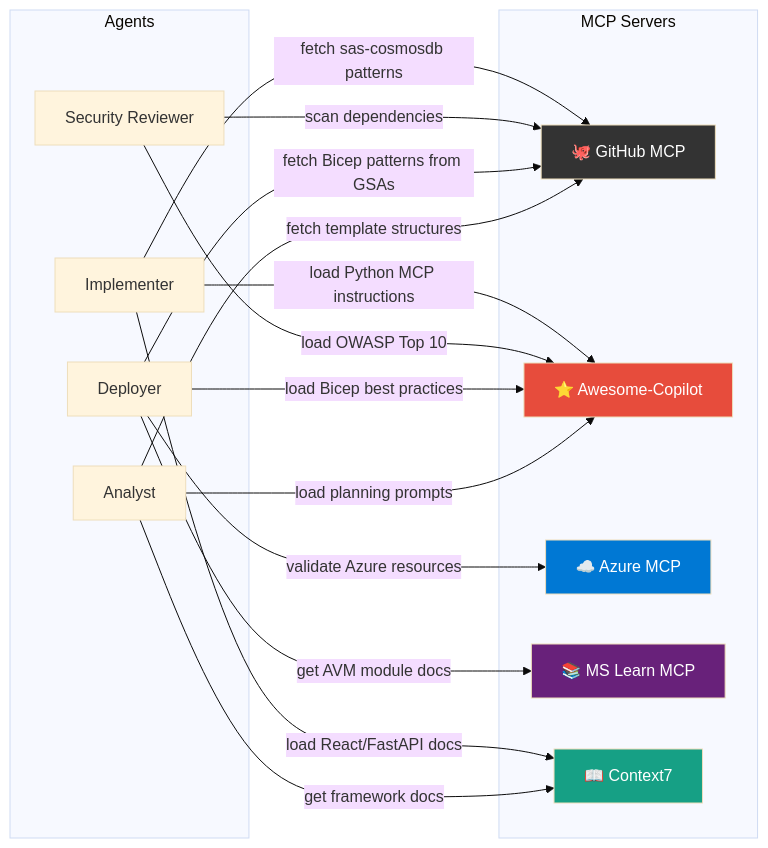
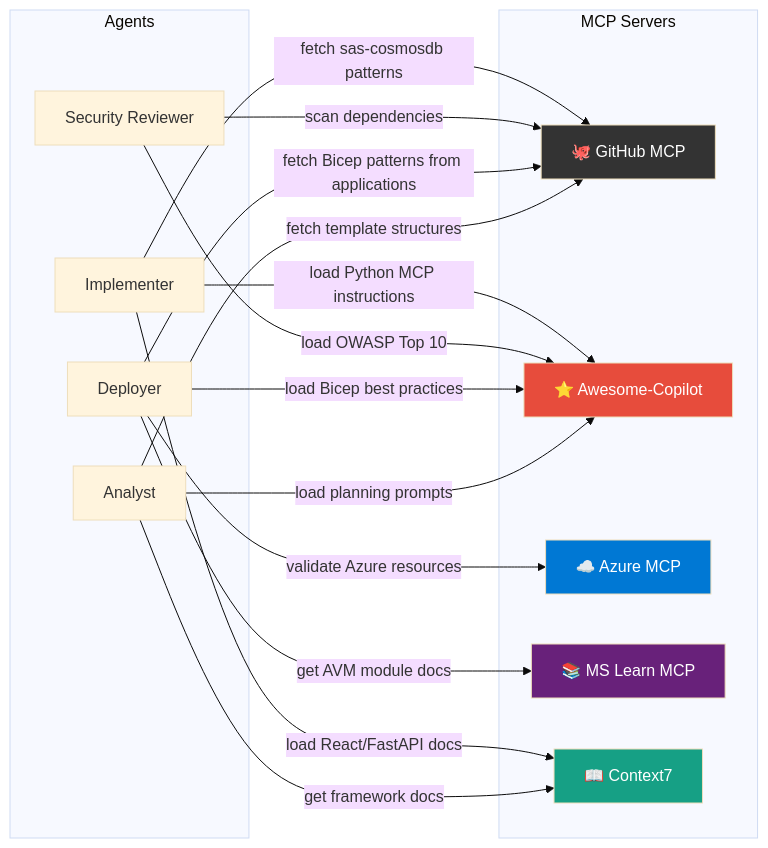
One commit to Dongbumlee/sdlc-harness changed the third of 3 diagrams in README.md. Above: the diagram before and after it, drawn with Mermaid (base theme). The commit also changed other lines of this file and 57 other files, not shown here.

````diff
--- a/README.md
+++ b/README.md
@@ -388,39 +388,39 @@
  ```mermaid
  flowchart LR
      subgraph "MCP Servers"
          GH["🐙 GitHub MCP"]
          AC["⭐ Awesome-Copilot"]
          AZ["☁️ Azure MCP"]
          MD["📚 MS Learn MCP"]
          C7["📖 Context7"]
      end
 
      subgraph "Agents"
          Impl["Implementer"]
          Sec["Security Reviewer"]
          Deploy["Deployer"]
          Analyst2["Analyst"]
      end
 
      Impl -->|"fetch sas-cosmosdb patterns"| GH
      Impl -->|"load React/FastAPI docs"| C7
      Impl -->|"load Python MCP instructions"| AC
 
      Sec -->|"load OWASP Top 10"| AC
      Sec -->|"scan dependencies"| GH
 
-     Deploy -->|"fetch Bicep patterns from GSAs"| GH
+     Deploy -->|"fetch Bicep patterns from applications"| GH
      Deploy -->|"load Bicep best practices"| AC
      Deploy -->|"validate Azure resources"| AZ
      Deploy -->|"get AVM module docs"| MD
 
      Analyst2 -->|"fetch template structures"| GH
      Analyst2 -->|"load planning prompts"| AC
      Analyst2 -->|"get framework docs"| C7
 
      style GH fill:#333,color:#fff
      style AC fill:#E74C3C,color:#fff
      style AZ fill:#0078D4,color:#fff
      style MD fill:#68217A,color:#fff
      style C7 fill:#16A085,color:#fff
  ```
````
